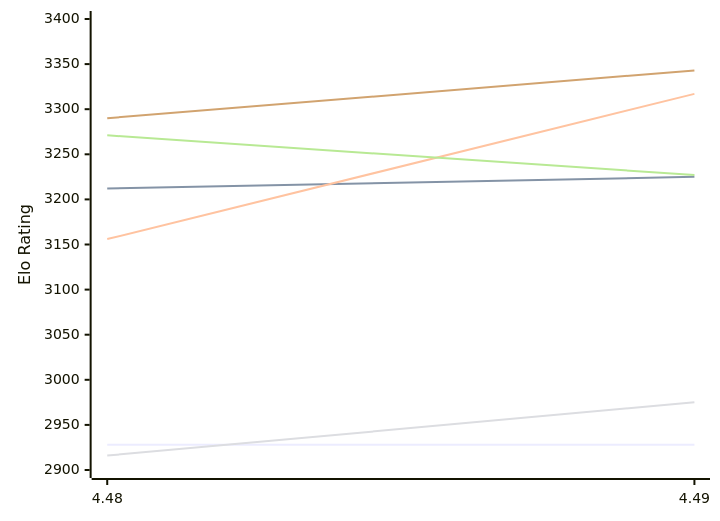
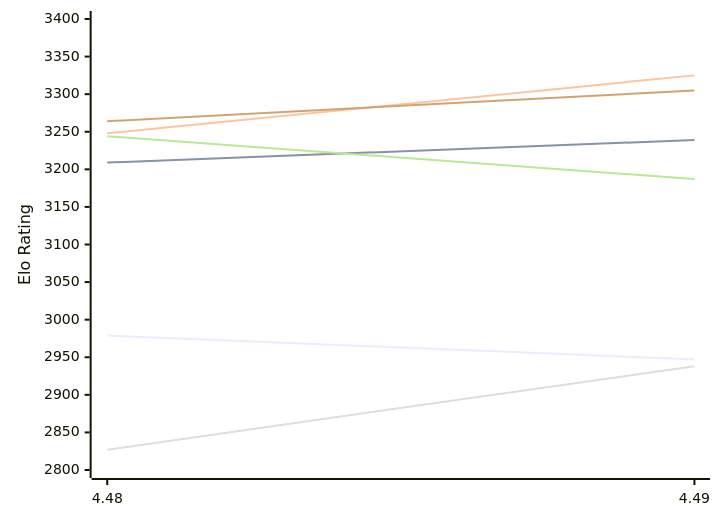
Before and after one commit to computer-chess-index/cci: the first of 2 diagrams in engines/Cheng4.md, drawn with Mermaid. The commit also changed other lines of this file, not shown here.

Commit message:
Update CCI Ratings (ELO VLTC) - 2026-11-14

````diff
--- a/engines/Cheng4.md
+++ b/engines/Cheng4.md
@@ -50,12 +50,12 @@
 ```mermaid
 %%{init: {"theme":"base","themeVariables":{"seriesColors:['#a3a3a3','#222221','#faa371']}}}%%
 xychart-beta
   x-axis ["4.48", "4.49"]
-  y-axis "Elo Rating" 2900 --> 3400
-  line "E1: STC (8.0+0.08s)" [2928, 2928]
-  line "E1: LTC (60.0+0.60s)" [3212, 3225]
-  line "E1: VLTC (2m24s+1.12s)" [3156, 3317]
-  line "P1: STC (8.0+0.08s)" [2916, 2975]
-  line "P1: LTC (60.0+0.60s)" [3271, 3227]
-  line "P1: VLTC (2m24s+1.12s)" [3290, 3343]
+  y-axis "Elo Rating" 2800 --> 3400
+  line "E1: STC (8.0+0.08s)" [2979, 2947]
+  line "E1: LTC (60.0+0.60s)" [3209, 3239]
+  line "E1: VLTC (2m24s+1.12s)" [3248, 3325]
+  line "P1: STC (8.0+0.08s)" [2827, 2938]
+  line "P1: LTC (60.0+0.60s)" [3244, 3187]
+  line "P1: VLTC (2m24s+1.12s)" [3264, 3305]
 ```
````
